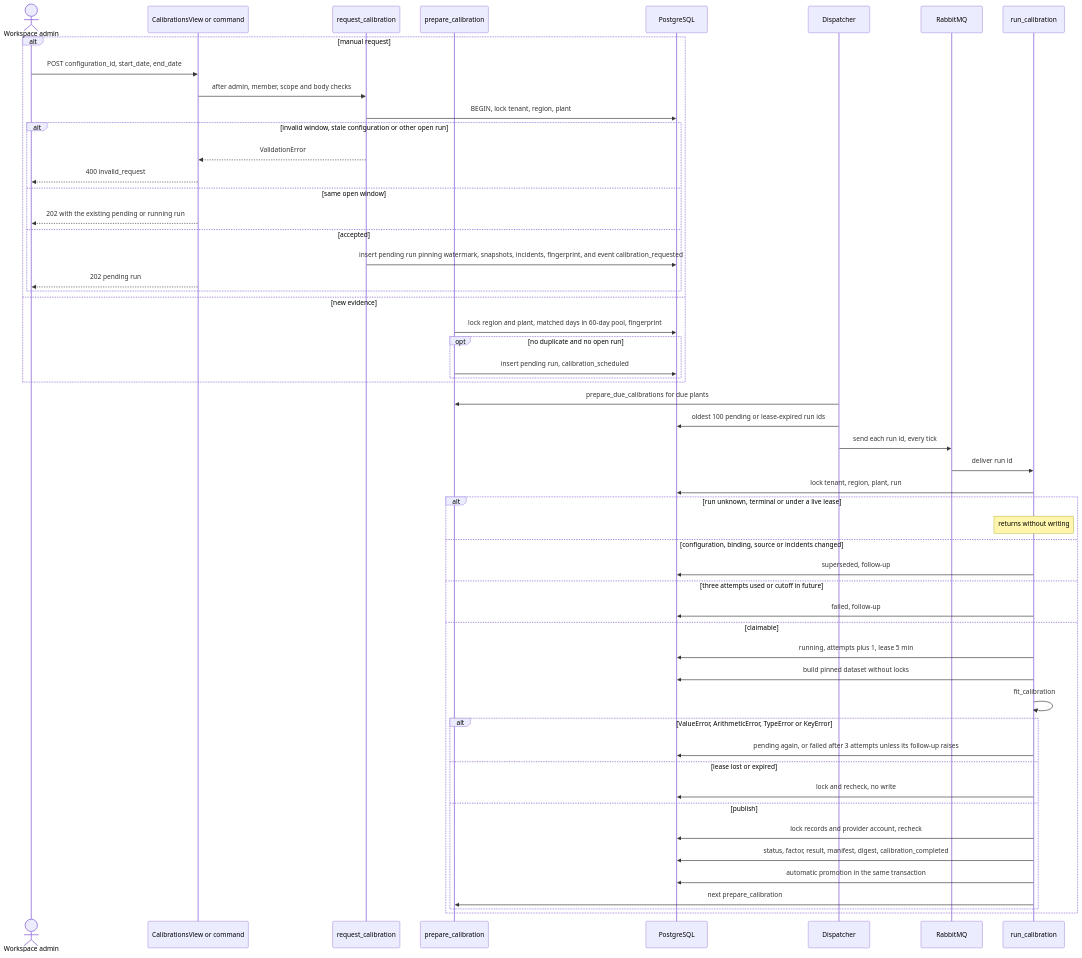
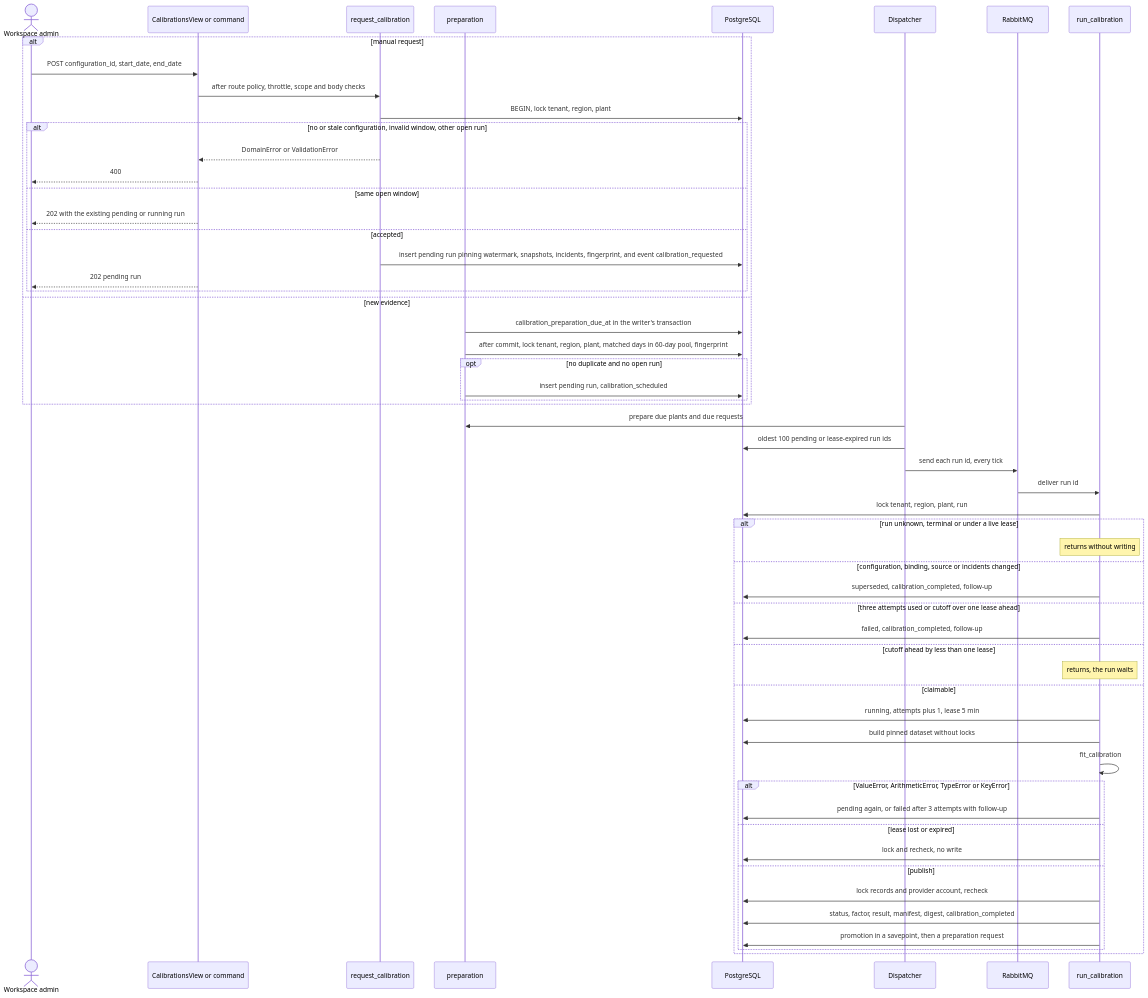
The diagram in docs/flows/calibration-run.md (erkurtharun/pyracast), drawn with Mermaid before and after one commit. The commit also changed other lines of this file and 85 other files, not shown here.

First line of the commit message:
Bring the flow pages in line with the code (#107)

````diff
--- a/docs/flows/calibration-run.md
+++ b/docs/flows/calibration-run.md
@@ -16,56 +17,58 @@
 ```mermaid
 sequenceDiagram
     actor A as Workspace admin
     participant V as CalibrationsView or command
     participant O as request_calibration
-    participant P as prepare_calibration
+    participant P as preparation
     participant DB as PostgreSQL
     participant D as Dispatcher
     participant Q as RabbitMQ
     participant W as run_calibration
     alt manual request
         A->>V: POST configuration_id, start_date, end_date
-        V->>O: after admin, member, scope and body checks
+        V->>O: after route policy, throttle, scope and body checks
         O->>DB: BEGIN, lock tenant, region, plant
-        alt invalid window, stale configuration or other open run
-            O-->>V: ValidationError
-            V-->>A: 400 invalid_request
+        alt no or stale configuration, invalid window, other open run
+            O-->>V: DomainError or ValidationError
+            V-->>A: 400
         else same open window
             V-->>A: 202 with the existing pending or running run
         else accepted
             O->>DB: insert pending run pinning watermark, snapshots, incidents, fingerprint, and event calibration_requested
             V-->>A: 202 pending run
         end
     else new evidence
-        P->>DB: lock region and plant, matched days in 60-day pool, fingerprint
+        P->>DB: calibration_preparation_due_at in the writer's transaction
+        P->>DB: after commit, lock tenant, region, plant, matched days in 60-day pool, fingerprint
         opt no duplicate and no open run
             P->>DB: insert pending run, calibration_scheduled
         end
     end
-    D->>P: prepare_due_calibrations for due plants
+    D->>P: prepare due plants and due requests
     D->>DB: oldest 100 pending or lease-expired run ids
     D->>Q: send each run id, every tick
     Q->>W: deliver run id
     W->>DB: lock tenant, region, plant, run
     alt run unknown, terminal or under a live lease
         Note over W: returns without writing
     else configuration, binding, source or incidents changed
-        W->>DB: superseded, follow-up
-    else three attempts used or cutoff in future
-        W->>DB: failed, follow-up
+        W->>DB: superseded, calibration_completed, follow-up
+    else three attempts used or cutoff over one lease ahead
+        W->>DB: failed, calibration_completed, follow-up
+    else cutoff ahead by less than one lease
+        Note over W: returns, the run waits
     else claimable
         W->>DB: running, attempts plus 1, lease 5 min
         W->>DB: build pinned dataset without locks
         W->>W: fit_calibration
         alt ValueError, ArithmeticError, TypeError or KeyError
-            W->>DB: pending again, or failed after 3 attempts unless its follow-up raises
+            W->>DB: pending again, or failed after 3 attempts with follow-up
         else lease lost or expired
             W->>DB: lock and recheck, no write
         else publish
             W->>DB: lock records and provider account, recheck
             W->>DB: status, factor, result, manifest, digest, calibration_completed
-            W->>DB: automatic promotion in the same transaction
-            W->>P: next prepare_calibration
+            W->>DB: promotion in a savepoint, then a preparation request
         end
     end
 ```
````
